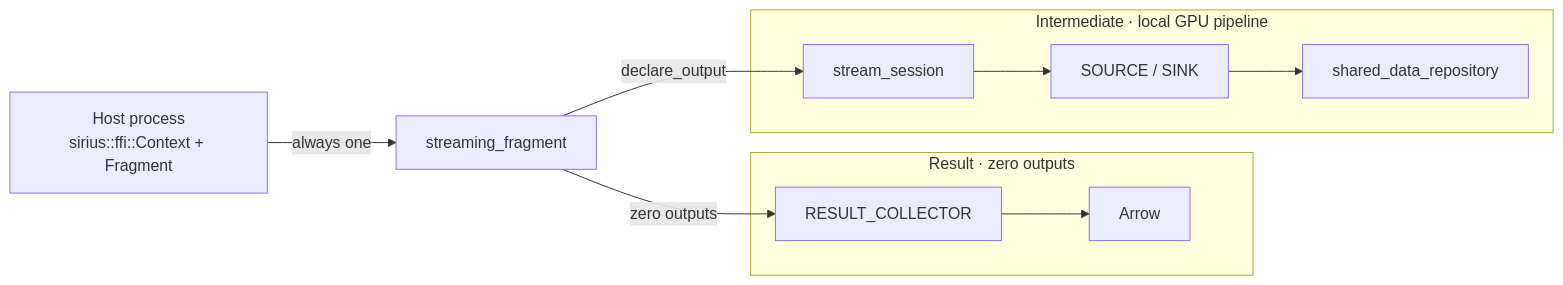
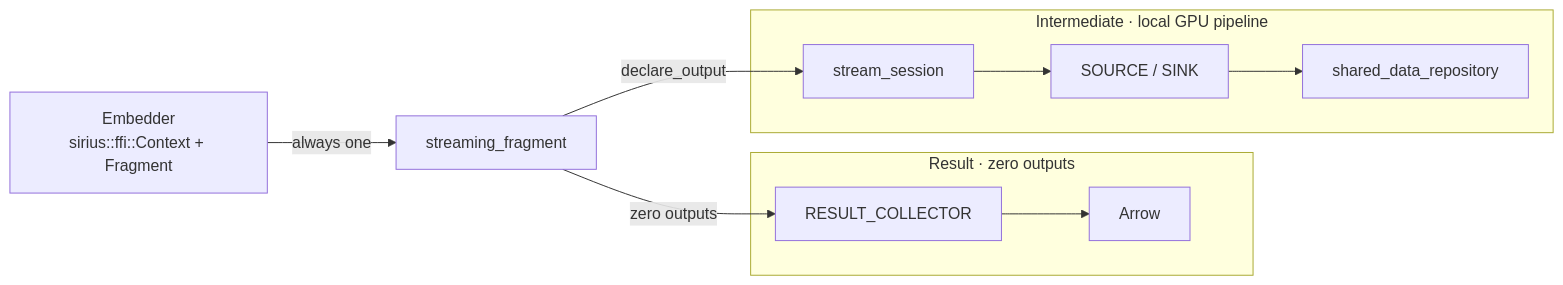
Before and after one commit to sirius-db/sirius: the diagram in docs/super-sirius/streaming-fragments.md, drawn with Mermaid. The commit also changed other lines of this file and 6 other files, not shown here.

First line of the commit message:
docs: call the FFI caller the embedder and describe the current design

````diff
--- a/docs/super-sirius/streaming-fragments.md
+++ b/docs/super-sirius/streaming-fragments.md
@@ -33,22 +33,22 @@
 ```mermaid
 flowchart LR
-  HP["Host process<br/>sirius::ffi::Context + Fragment"]
+  HP["Embedder<br/>sirius::ffi::Context + Fragment"]
   SF["streaming_fragment"]
   HP -->|always one| SF
 
   subgraph ResultPath["Result · zero outputs"]
     RC["RESULT_COLLECTOR"]
     AR["Arrow"]
     RC --> AR
   end
 
   subgraph Intermediate["Intermediate · local GPU pipeline"]
     SES["stream_session"]
     OP["SOURCE / SINK"]
     REPO["shared_data_repository"]
     SES --> OP --> REPO
   end
 
   SF -->|zero outputs| RC
   SF -->|declare_output| SES
 ```
````
